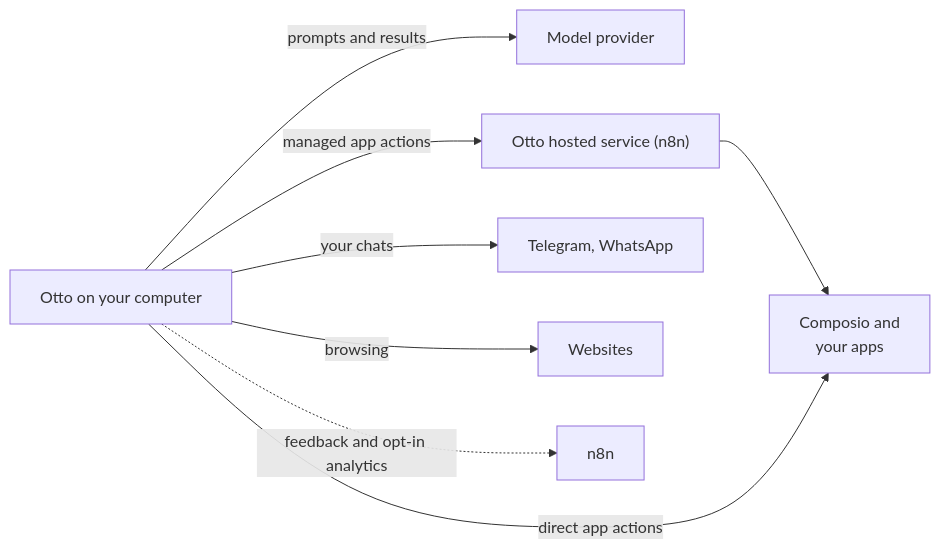
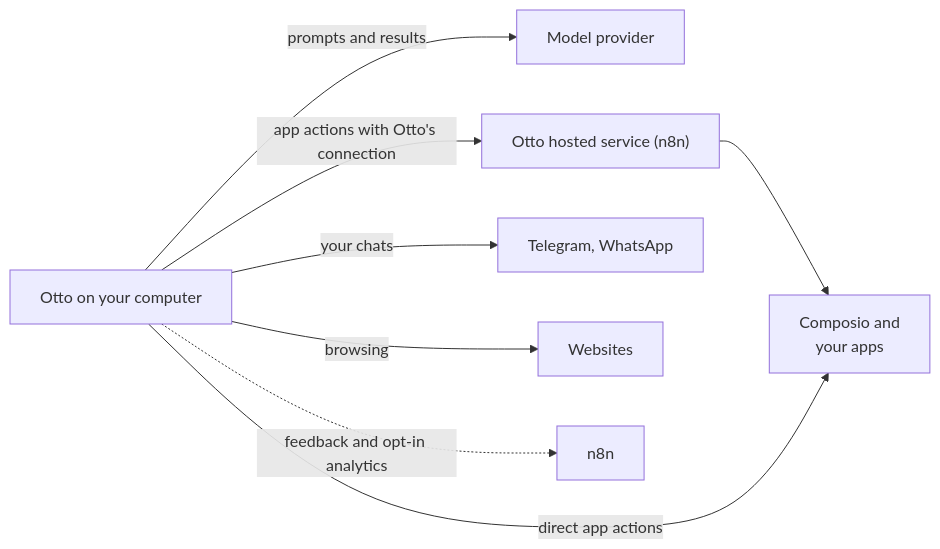
One commit to n8n-io/nod changed the diagram in docs/src/content/docs/trust/privacy.md. Above: the diagram before and after it, drawn with Mermaid. The commit also changed other lines of this file and 56 other files, not shown here.

````diff
--- a/docs/src/content/docs/trust/privacy.md
+++ b/docs/src/content/docs/trust/privacy.md
@@ -25,11 +25,11 @@
 ```mermaid
 flowchart LR
   otto[Otto on your computer]:::accent
   otto -- prompts and results --> model[Model provider]
-  otto -- managed app actions --> managed["Otto hosted service (n8n)"]
+  otto -- app actions with Otto's connection --> managed["Otto hosted service (n8n)"]
   managed --> apps[Composio and<br/>your apps]
   otto -- direct app actions --> apps
   otto -- your chats --> chat[Telegram, WhatsApp]
   otto -- browsing --> web[Websites]
   otto -. feedback and opt-in analytics .-> n8n[n8n]:::muted
 ```
````
